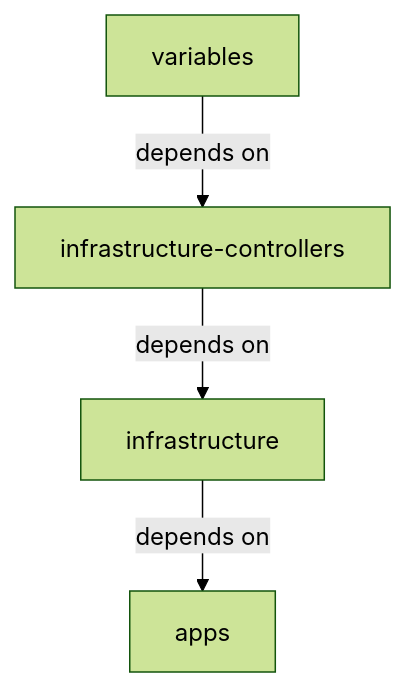
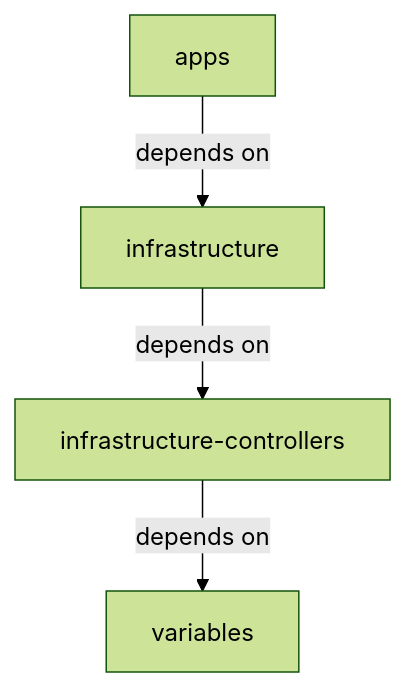
Before and after one commit to devantler-tech/platform: the second of 2 diagrams in README.md, drawn with Mermaid (forest theme). The commit also changed other lines of this file, not shown here.

````diff
--- a/README.md
+++ b/README.md
@@ -129,11 +135,11 @@
 ```mermaid
 graph TB
   variables["variables"]
   controllers["infrastructure-controllers"]
   infra["infrastructure"]
   apps["apps"]
 
-  variables -- "depends on" --> controllers
-  controllers -- "depends on" --> infra
-  infra -- "depends on" --> apps
+  controllers -- "depends on" --> variables
+  infra -- "depends on" --> controllers
+  apps -- "depends on" --> infra
 ```
````
